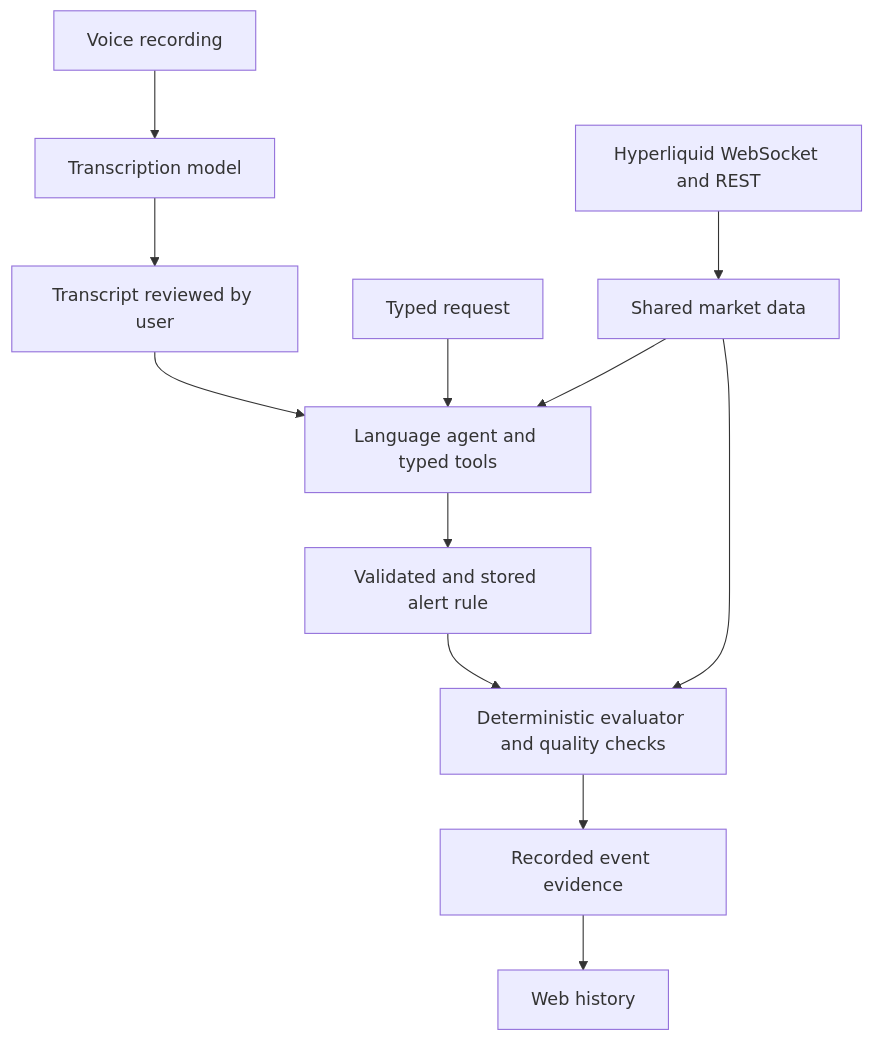
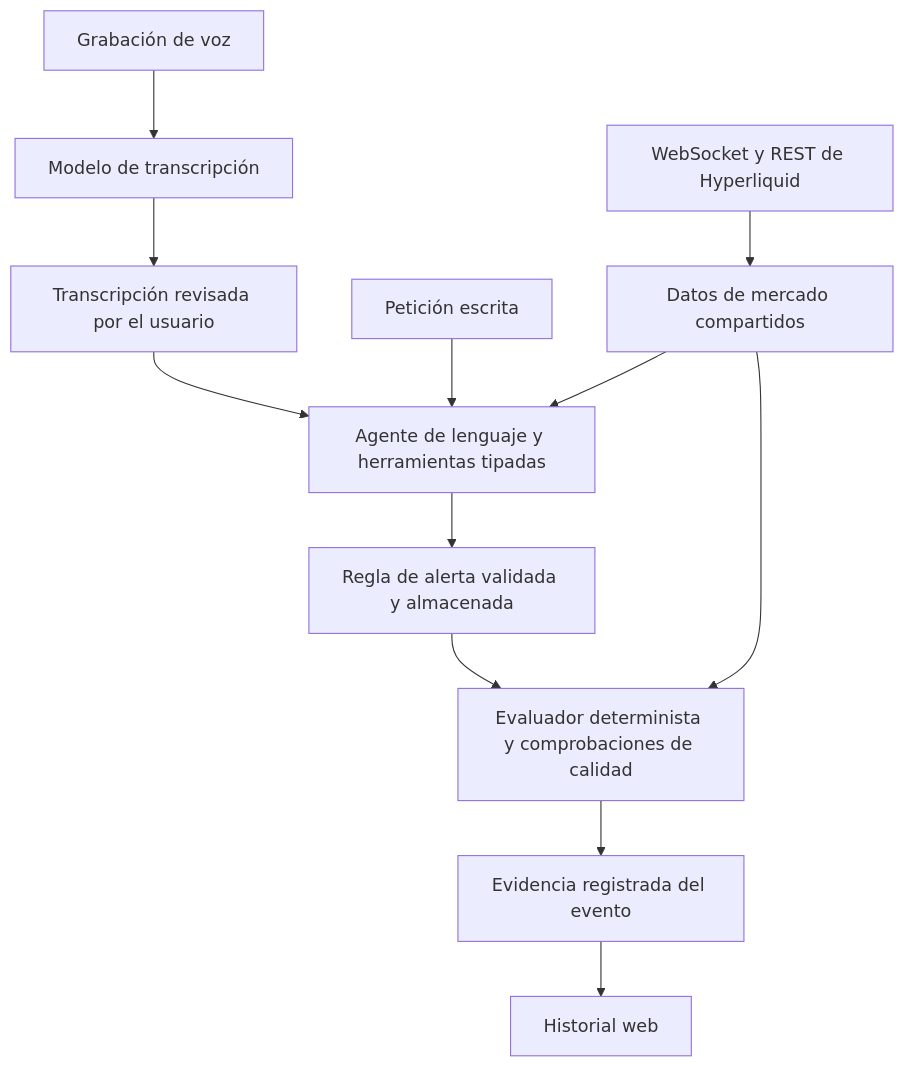
The first of 2 diagrams in README.md (JaviChulvi/hype-radar), drawn with Mermaid before and after one commit. The commit also changed other lines of this file and 3 other files, not shown here.

````diff
--- a/README.md
+++ b/README.md
@@ -44,14 +46,14 @@
 ```mermaid
 flowchart TD
-    VOICE[Voice recording] --> STT[Transcription model]
-    STT --> REVIEW[Transcript reviewed by user]
-    REVIEW --> AGENT[Language agent and typed tools]
-    TEXT[Typed request] --> AGENT
-    HYPERLIQUID[Hyperliquid WebSocket and REST] --> DATA[Shared market data]
+    VOICE[Grabación de voz] --> STT[Modelo de transcripción]
+    STT --> REVIEW[Transcripción revisada por el usuario]
+    REVIEW --> AGENT[Agente de lenguaje y herramientas tipadas]
+    TEXT[Petición escrita] --> AGENT
+    HYPERLIQUID[WebSocket y REST de Hyperliquid] --> DATA[Datos de mercado compartidos]
     DATA --> AGENT
-    AGENT --> RULE[Validated and stored alert rule]
-    RULE --> ENGINE[Deterministic evaluator and quality checks]
+    AGENT --> RULE[Regla de alerta validada y almacenada]
+    RULE --> ENGINE[Evaluador determinista y comprobaciones de calidad]
     DATA --> ENGINE
-    ENGINE --> EVIDENCE[Recorded event evidence]
-    EVIDENCE --> HISTORY[Web history]
+    ENGINE --> EVIDENCE[Evidencia registrada del evento]
+    EVIDENCE --> HISTORY[Historial web]
 ```
````
